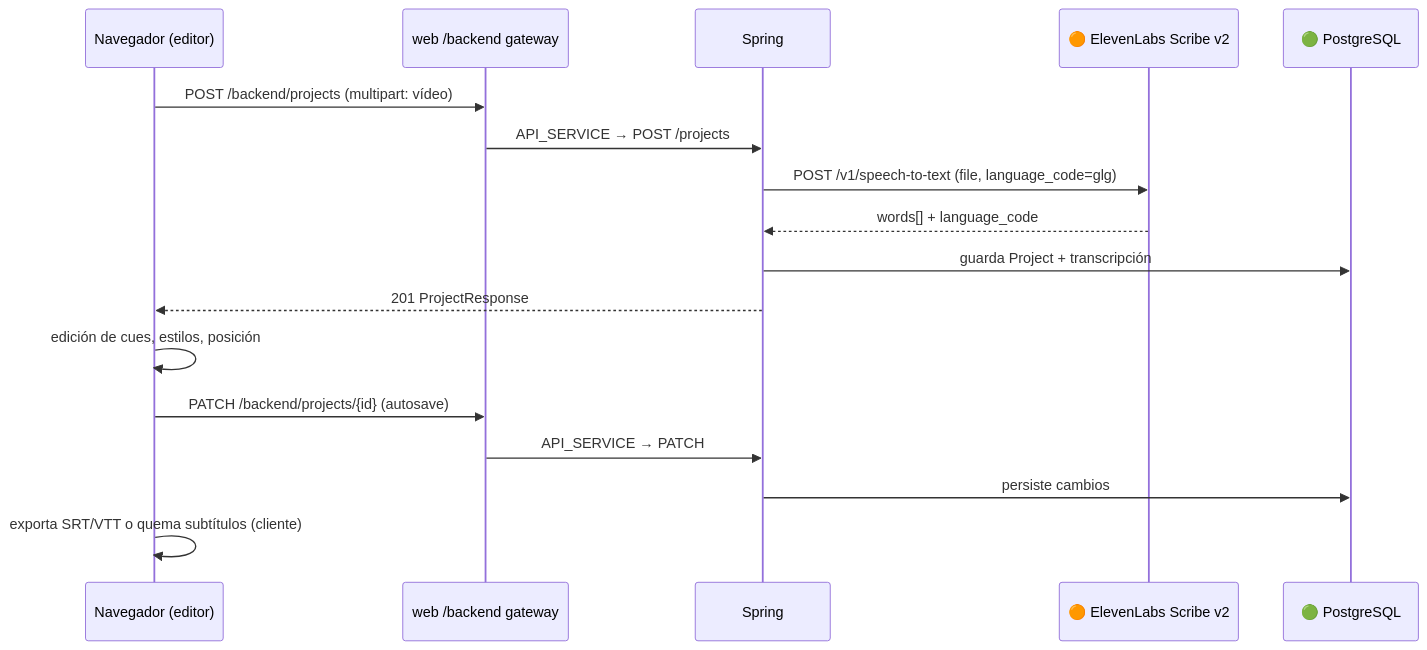
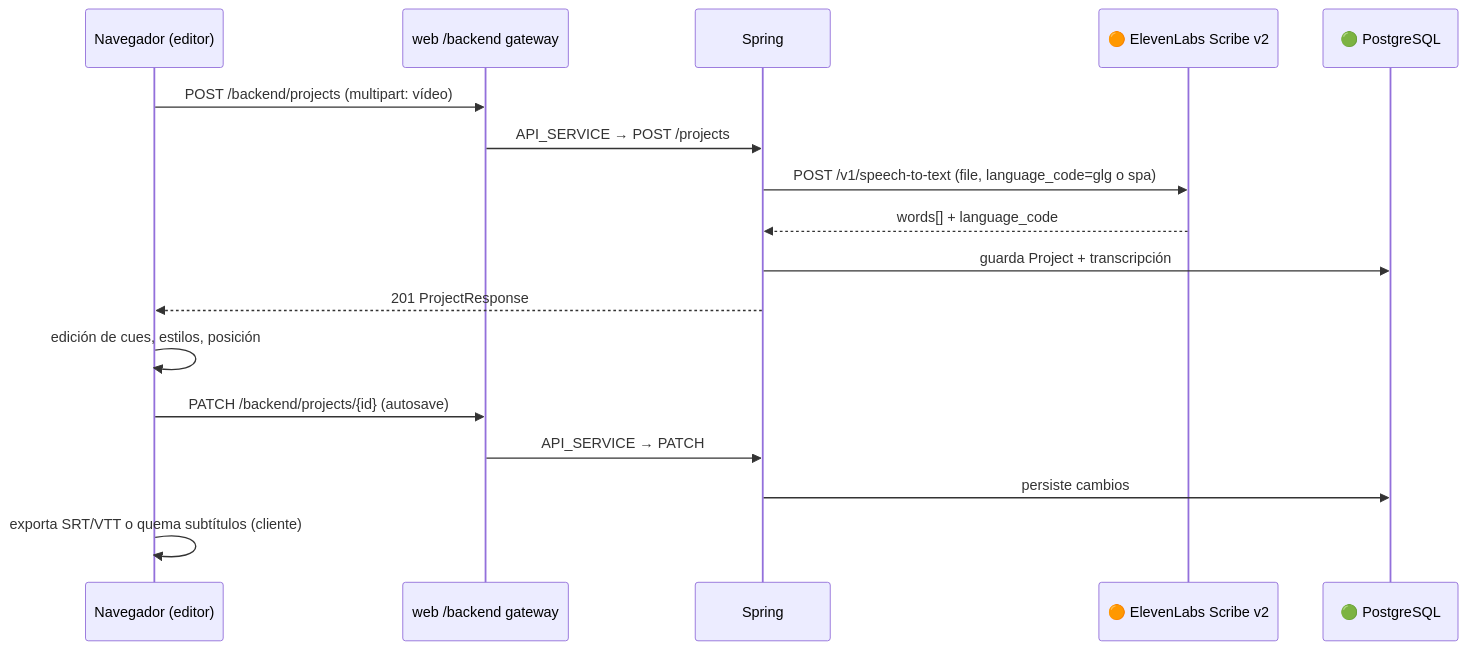
One commit to s-counago/subtitula-gal-api changed the fourth of 9 diagrams in docs/product/architecture-flows.md. Above: the diagram before and after it, drawn with Mermaid. The commit also changed other lines of this file and 17 other files, not shown here.

````diff
--- a/docs/product/architecture-flows.md
+++ b/docs/product/architecture-flows.md
@@ -155,20 +207,20 @@
 ```mermaid
 sequenceDiagram
     participant B as Navegador (editor)
     participant W as web /backend gateway
     participant S as Spring
     participant EL as 🟠 ElevenLabs Scribe v2
     participant PG as 🟢 PostgreSQL
 
     B->>W: POST /backend/projects (multipart: vídeo)
     W->>S: API_SERVICE → POST /projects
-    S->>EL: POST /v1/speech-to-text (file, language_code=glg)
+    S->>EL: POST /v1/speech-to-text (file, language_code=glg o spa)
     EL-->>S: words[] + language_code
     S->>PG: guarda Project + transcripción
     S-->>B: 201 ProjectResponse
     B->>B: edición de cues, estilos, posición
     B->>W: PATCH /backend/projects/{id} (autosave)
     W->>S: API_SERVICE → PATCH
     S->>PG: persiste cambios
     B->>B: exporta SRT/VTT o quema subtítulos (cliente)
 ```
````
